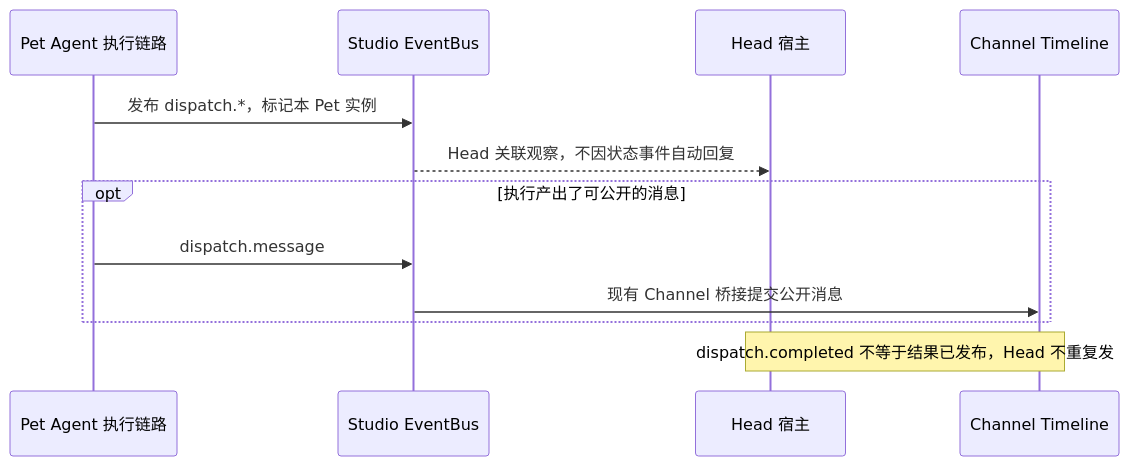
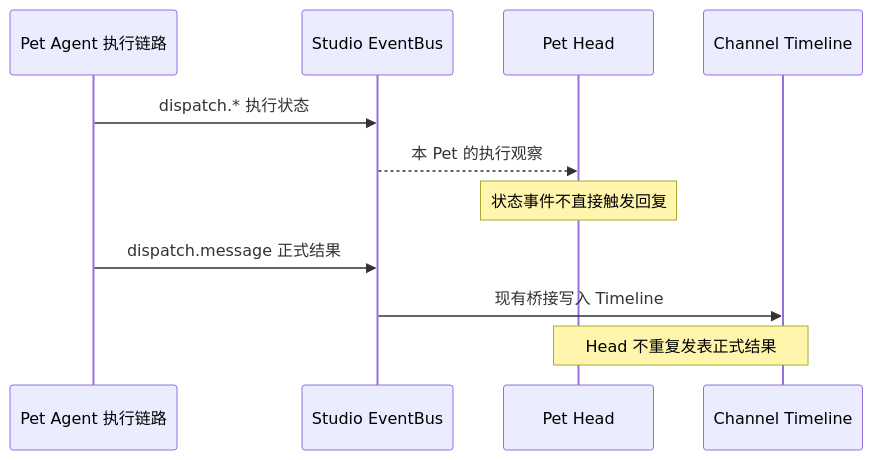
The fourth of 4 diagrams in docs/design/studio/pet-head-mechanism.md (pinpawo/pinpawo-agent), drawn with Mermaid before and after one commit. The commit also changed other lines of this file, not shown here.

Commit message:
docs(studio): simplify Pet Head routing for review

````diff
--- a/docs/design/studio/pet-head-mechanism.md
+++ b/docs/design/studio/pet-head-mechanism.md
@@ -131,14 +95,13 @@
 ```mermaid
 sequenceDiagram
     participant A as Pet Agent 执行链路
     participant B as Studio EventBus
-    participant H as Head 宿主
+    participant H as Pet Head
     participant C as Channel Timeline
-    A->>B: 发布 dispatch.*，标记本 Pet 实例
-    B-->>H: Head 关联观察，不因状态事件自动回复
-    opt 执行产出了可公开的消息
-        A->>B: dispatch.message
-        B->>C: 现有 Channel 桥接提交公开消息
-    end
-    Note over H,C: dispatch.completed 不等于结果已发布，Head 不重复发
+    A->>B: dispatch.* 执行状态
+    B-->>H: 本 Pet 的执行观察
+    Note over H: 状态事件不直接触发回复
+    A->>B: dispatch.message 正式结果
+    B->>C: 现有桥接写入 Timeline
+    Note over H,C: Head 不重复发表正式结果
 ```
````
